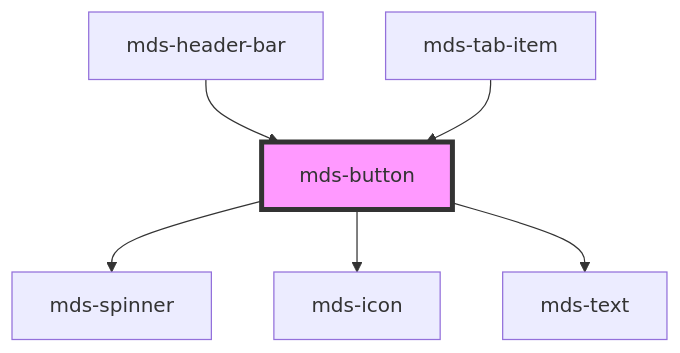
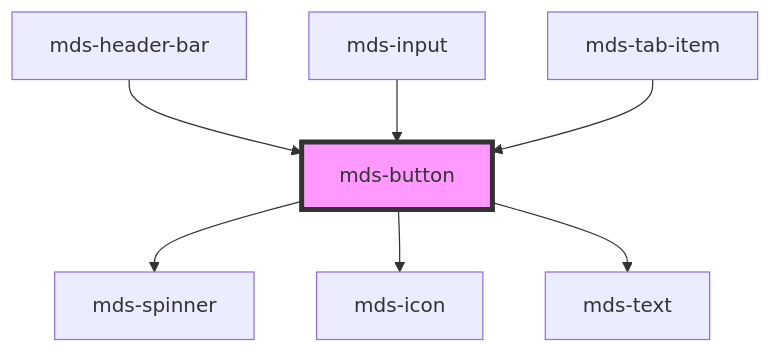
Before and after one commit to magma-design-system/magma: the diagram in projects/stencil/src/components/mds-button/readme.md, drawn with Mermaid. The commit also changed other lines of this file and 1 other file, not shown here.

Commit message:
style(mds-button): add higher z-index for focused status

````diff
--- a/projects/stencil/src/components/mds-button/readme.md
+++ b/projects/stencil/src/components/mds-button/readme.md
@@ -68,9 +69,10 @@
 ```mermaid
 graph TD;
   mds-button --> mds-spinner
   mds-button --> mds-icon
   mds-button --> mds-text
   mds-header-bar --> mds-button
+  mds-input --> mds-button
   mds-tab-item --> mds-button
   style mds-button fill:#f9f,stroke:#333,stroke-width:4px
 ```
````
